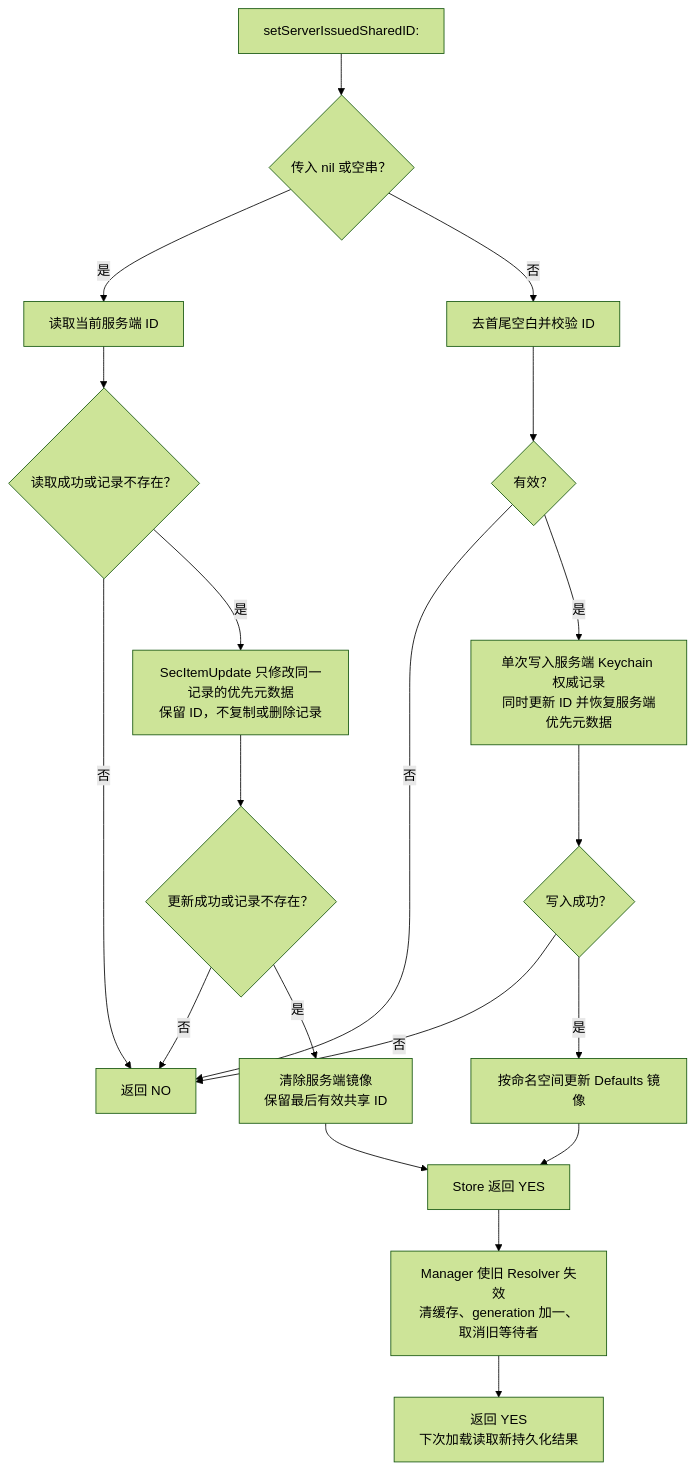
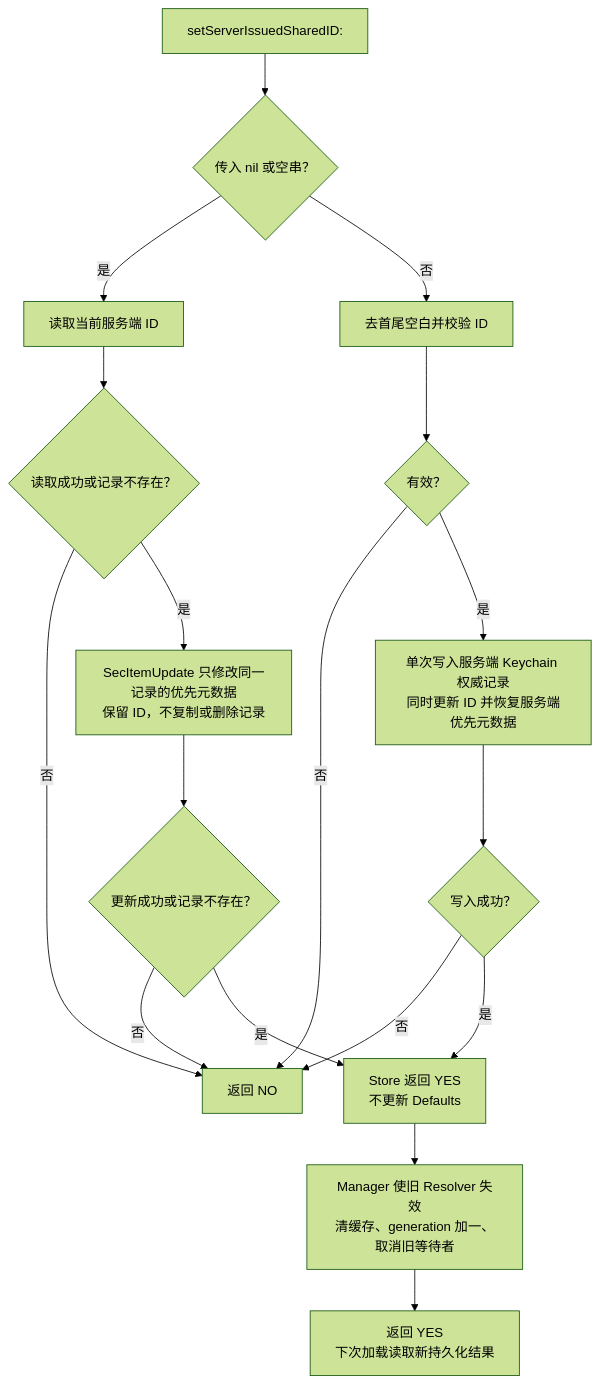
One commit to shanbozhu/TestOC changed diagram 14 of 14 in PBCrossAppUniqueDeviceIdentifier/Docs/FeatureFlows.md. Above: the diagram before and after it, drawn with Mermaid (forest theme). The commit also changed other lines of this file and 10 other files, not shown here.

````diff
--- a/PBCrossAppUniqueDeviceIdentifier/Docs/FeatureFlows.md
+++ b/PBCrossAppUniqueDeviceIdentifier/Docs/FeatureFlows.md
@@ -405,22 +405,20 @@
 ```mermaid
 flowchart TD
     Start["setServerIssuedSharedID:"] --> Empty{"传入 nil 或空串？"}
     Empty -->|是| Read["读取当前服务端 ID"]
     Read --> ReadOK{"读取成功或记录不存在？"}
     ReadOK -->|否| Fail["返回 NO"]
     ReadOK -->|是| Remove["SecItemUpdate 只修改同一记录的优先元数据<br/>保留 ID，不复制或删除记录"]
     Remove --> Removed{"更新成功或记录不存在？"}
     Removed -->|否| Fail
-    Removed -->|是| MirrorPreserved["清除服务端镜像<br/>保留最后有效共享 ID"]
-    MirrorPreserved --> Success["Store 返回 YES"]
+    Removed -->|是| Success["Store 返回 YES<br/>不更新 Defaults"]
     Empty -->|否| Validate["去首尾空白并校验 ID"]
     Validate --> Valid{"有效？"}
     Valid -->|否| Fail
     Valid -->|是| Server["单次写入服务端 Keychain 权威记录<br/>同时更新 ID 并恢复服务端优先元数据"]
     Server --> ServerOK{"写入成功？"}
     ServerOK -->|否| Fail
-    ServerOK -->|是| Mirror["按命名空间更新 Defaults 镜像"]
-    Mirror --> Success
+    ServerOK -->|是| Success
     Success --> Reset["Manager 使旧 Resolver 失效<br/>清缓存、generation 加一、取消旧等待者"]
     Reset --> Done["返回 YES<br/>下次加载读取新持久化结果"]
 ```
````
